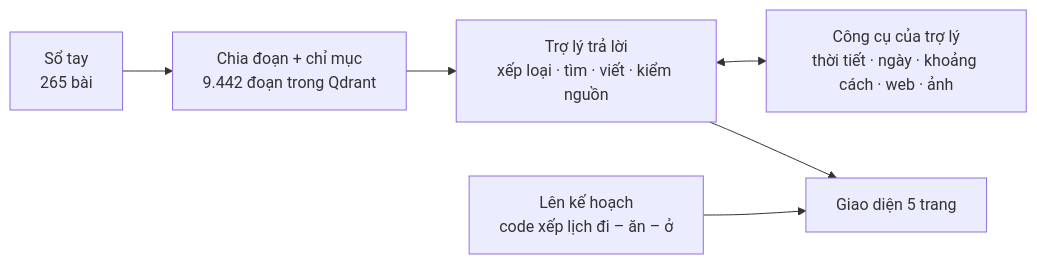
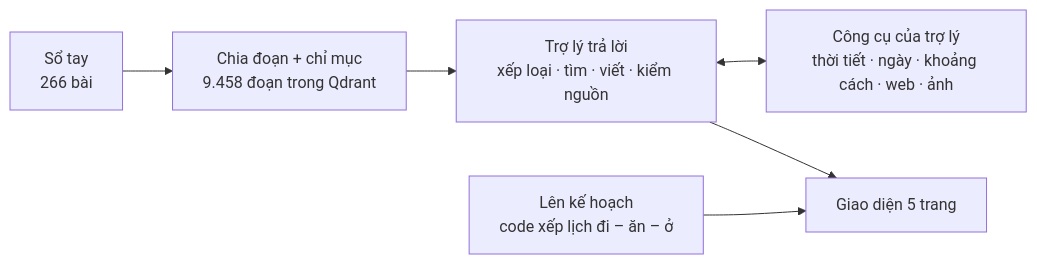
Before and after one commit to Sunny-sunnyy/chatbot-hue: the diagram in bai_hoc/BAN_DO_DU_AN.md, drawn with Mermaid. The commit also changed other lines of this file and 3 other files, not shown here.

````diff
--- a/bai_hoc/BAN_DO_DU_AN.md
+++ b/bai_hoc/BAN_DO_DU_AN.md
@@ -44,8 +44,8 @@
 ```mermaid
 flowchart LR
-    K["Sổ tay<br/>265 bài"] --> Q["Chia đoạn + chỉ mục<br/>9.442 đoạn trong Qdrant"]
+    K["Sổ tay<br/>266 bài"] --> Q["Chia đoạn + chỉ mục<br/>9.458 đoạn trong Qdrant"]
     Q --> T["Trợ lý trả lời<br/>xếp loại · tìm · viết · kiểm nguồn"]
     T <--> C["Công cụ của trợ lý<br/>thời tiết · ngày · khoảng cách · web · ảnh"]
     L["Lên kế hoạch<br/>code xếp lịch đi – ăn – ở"] --> G["Giao diện 5 trang"]
     T --> G
 ```
````
